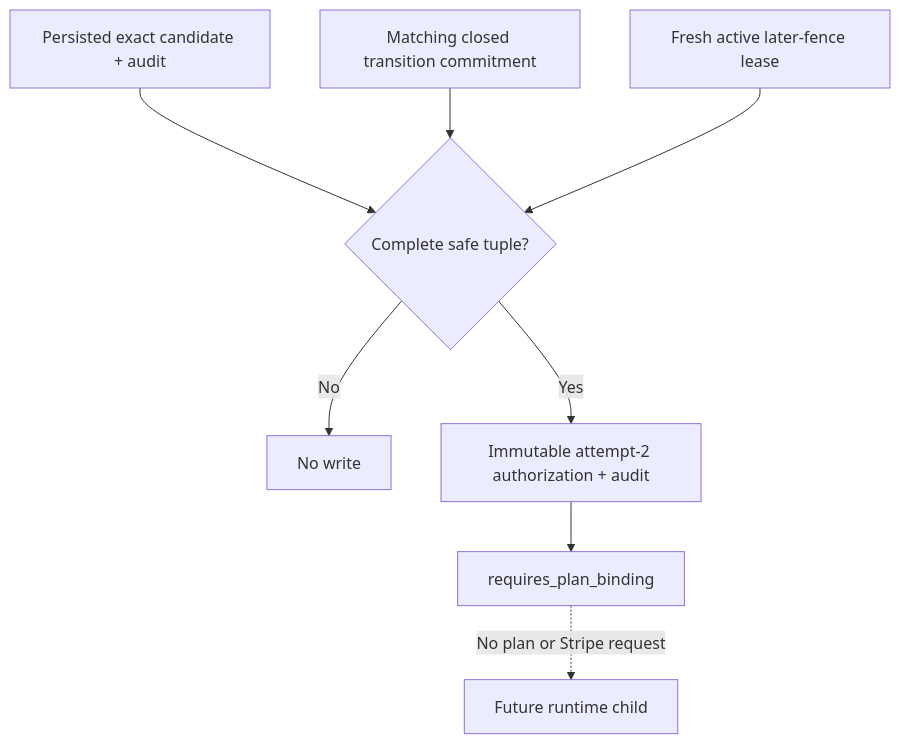
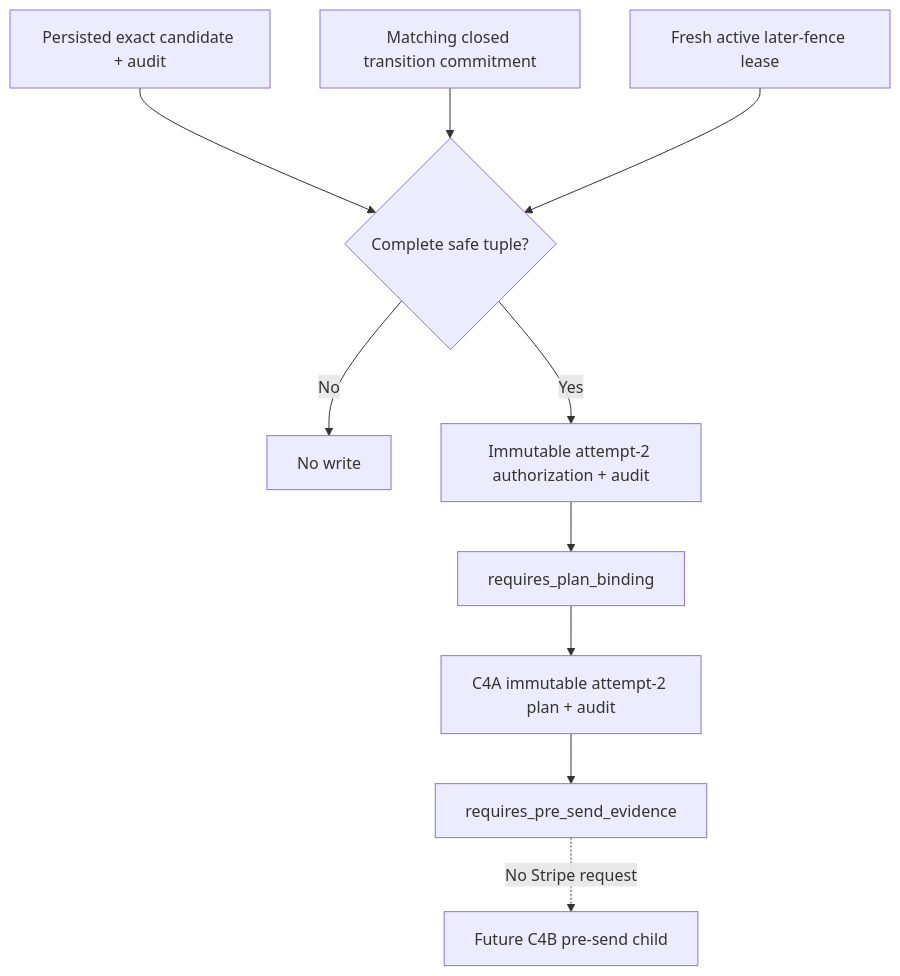
Before and after one commit to Run-MPRC/Run-MPRC.github.io: the seventh of 11 diagrams in SYSTEM_DESIGN.md, drawn with Mermaid. The commit also changed other lines of this file and 10 other files, not shown here.

First line of the commit message:
PAY-002B2C4A: bind the immutable authorized attempt-2 Stripe plan (#236)

````diff
--- a/SYSTEM_DESIGN.md
+++ b/SYSTEM_DESIGN.md
@@ -339,10 +340,12 @@
 ```mermaid
 flowchart TD
     C3B["Persisted exact candidate + audit"] --> Gate{"Complete safe tuple?"}
     T["Matching closed transition commitment"] --> Gate
     L["Fresh active later-fence lease"] --> Gate
     Gate -- "No" --> Stop["No write"]
     Gate -- "Yes" --> A["Immutable attempt-2 authorization + audit"]
     A --> R["requires_plan_binding"]
-    R -. "No plan or Stripe request" .-> F["Future runtime child"]
+    R --> P["C4A immutable attempt-2 plan + audit"]
+    P --> S["requires_pre_send_evidence"]
+    S -. "No Stripe request" .-> F["Future C4B pre-send child"]
 ```
````
